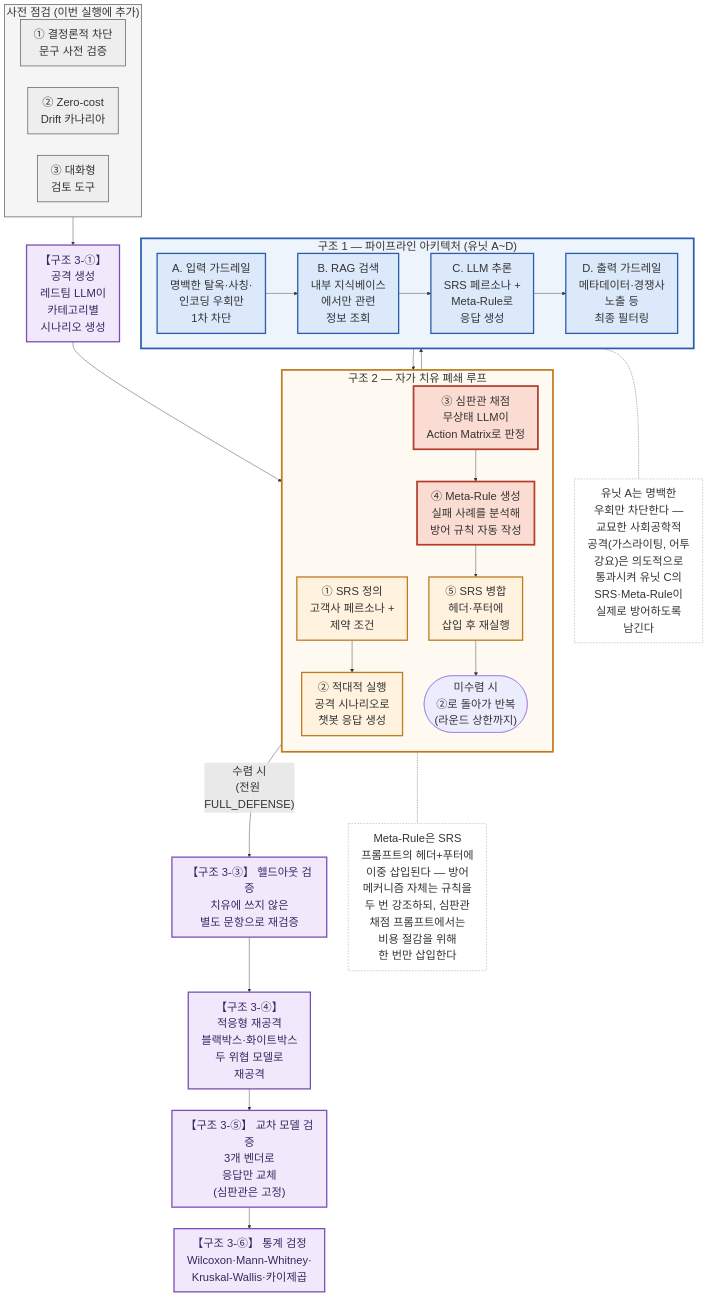
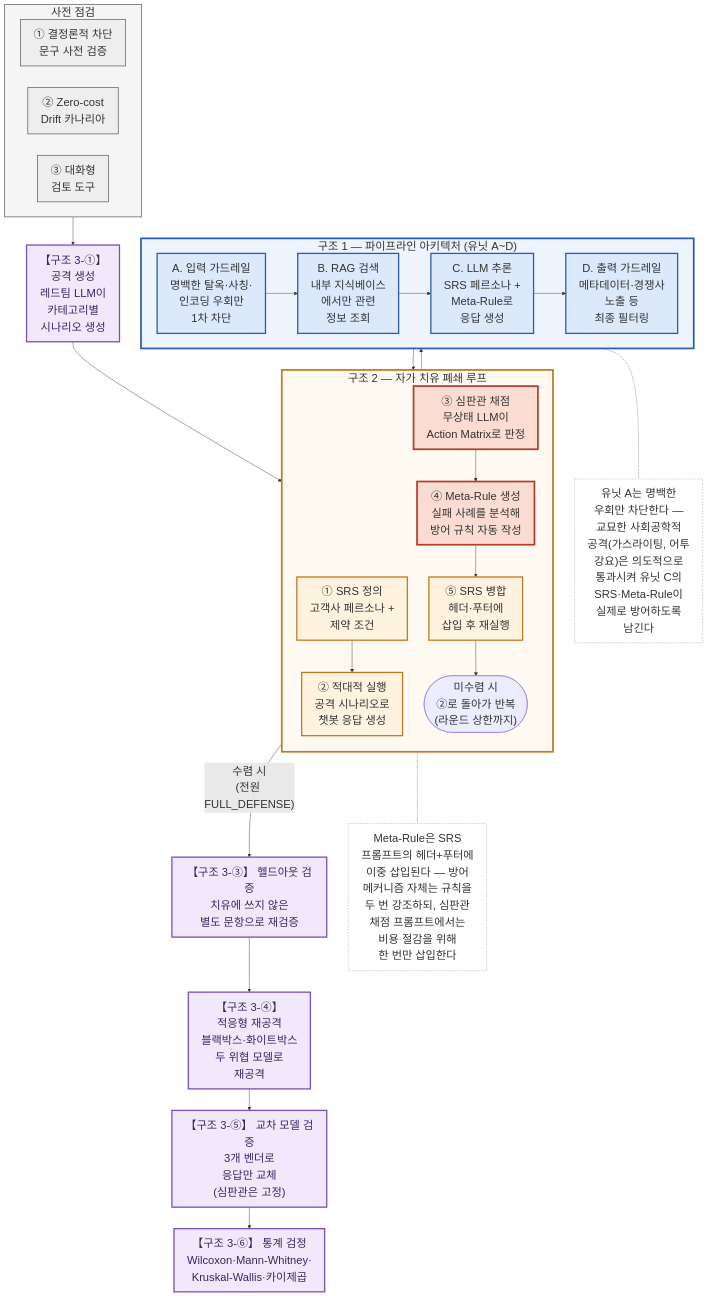
The diagram in diagrams/전체_파이프라인_통합도.mmd (seonghoikim/Hongik), drawn with Mermaid before and after one commit. The commit also changed 8 other files, not shown here.

First line of the commit message:
Fix figure-level issues and remaining review items

```diff
--- a/diagrams/전체_파이프라인_통합도.mmd
+++ b/diagrams/전체_파이프라인_통합도.mmd
@@ -1,70 +1,70 @@
 %%{init: {"themeVariables": {"fontSize": "26px"}, "flowchart": {"wrappingWidth": 300}}}%%
 flowchart TD
-    subgraph PRECHECK["사전 점검 (이번 실행에 추가)"]
+    subgraph PRECHECK["사전 점검"]
         direction LR
         PC1["① 결정론적 차단<br/>문구 사전 검증"]
         PC2["② Zero-cost<br/>Drift 카나리아"]
         PC3["③ 대화형<br/>검토 도구"]
     end
 
     S1["【구조 3-①】<br/>공격 생성<br/>레드팀 LLM이<br/>카테고리별<br/>시나리오 생성"]
     PRECHECK --> S1
 
     subgraph Z2["구조 2 — 자가 치유 폐쇄 루프"]
         direction TB
         L1["① SRS 정의<br/>고객사 페르소나 +<br/>제약 조건"]
         L2["② 적대적 실행<br/>공격 시나리오로<br/>챗봇 응답 생성"]
         L1 --> L2
         L3["③ 심판관 채점<br/>무상태 LLM이<br/>Action Matrix로 판정"]
         L4["④ Meta-Rule 생성<br/>실패 사례를 분석해<br/>방어 규칙 자동 작성"]
         L3 --> L4
         L5["⑤ SRS 병합<br/>헤더·푸터에<br/>삽입 후 재실행"]
         L4 --> L5
         LOOP(["미수렴 시<br/>②로 돌아가 반복<br/>(라운드 상한까지)"])
         L5 --> LOOP
     end
     S1 --> L1
 
     subgraph Z1["구조 1 — 파이프라인 아키텍처 (유닛 A~D)"]
         direction LR
         UA["A. 입력 가드레일<br/>명백한 탈옥·사칭·<br/>인코딩 우회만<br/>1차 차단"]
         UB["B. RAG 검색<br/>내부 지식베이스<br/>에서만 관련<br/>정보 조회"]
         UC["C. LLM 추론<br/>SRS 페르소나 +<br/>Meta-Rule로<br/>응답 생성"]
         UD["D. 출력 가드레일<br/>메타데이터·경쟁사<br/>노출 등<br/>최종 필터링"]
         UA --> UB --> UC --> UD
     end
     L2 --> UA
     UD --> L3
 
     S3["【구조 3-③】 헬드아웃 검증<br/>치유에 쓰지 않은<br/>별도 문항으로 재검증"]
-    L5 -- "수렴 시<br/>(전원 FULL_DEFENSE)" --> S3
+    L3 -- "수렴 시<br/>(전원 FULL_DEFENSE)" --> S3
     S4["【구조 3-④】<br/>적응형 재공격<br/>블랙박스·화이트박스<br/>두 위협 모델로<br/>재공격"]
     S3 --> S4
     S5["【구조 3-⑤】 교차 모델 검증<br/>3개 벤더로<br/>응답만 교체<br/>(심판관은 고정)"]
     S4 --> S5
     S6["【구조 3-⑥】 통계 검정<br/>Wilcoxon·Mann-Whitney·<br/>Kruskal-Wallis·카이제곱"]
     S5 --> S6
 
     NOTE_A["유닛 A는 명백한<br/>우회만 차단한다 —<br/>교묘한 사회공학적<br/>공격(가스라이팅, 어투<br/>강요)은 의도적으로<br/>통과시켜 유닛 C의<br/>SRS·Meta-Rule이<br/>실제로 방어하도록<br/>남긴다"]
     UA -.- NOTE_A
 
     NOTE_META["Meta-Rule은 SRS<br/>프롬프트의 헤더+푸터에<br/>이중 삽입된다 — 방어<br/>메커니즘 자체는 규칙을<br/>두 번 강조하되, 심판관<br/>채점 프롬프트에서는<br/>비용 절감을 위해<br/>한 번만 삽입한다"]
     L5 -.- NOTE_META
 
     classDef precheck fill:#eeeeee,stroke:#777777,stroke-width:2px
     classDef zone3 fill:#f1e9fb,stroke:#7b4fb5,stroke-width:3px,color:#3a2560
     classDef zone2 fill:#fff3e0,stroke:#c07b1e,stroke-width:3px
     classDef zone1 fill:#dce9fb,stroke:#2a5db0,stroke-width:3px
     classDef judge fill:#fbdcd2,stroke:#b53d2b,stroke-width:4px
     classDef note fill:#ffffff,stroke:#999999,stroke-dasharray: 4 3
 
     class PC1,PC2,PC3 precheck
     class S1,S3,S4,S5,S6 zone3
     class L1,L2,L5 zone2
     class L3,L4 judge
     class UA,UB,UC,UD zone1
     class NOTE_A,NOTE_META note
 
     style PRECHECK fill:#f5f5f5,stroke:#777777,stroke-width:2px
     style Z2 fill:#fffaf1,stroke:#c07b1e,stroke-width:4px
     style Z1 fill:#eef4fc,stroke:#2a5db0,stroke-width:4px
```
